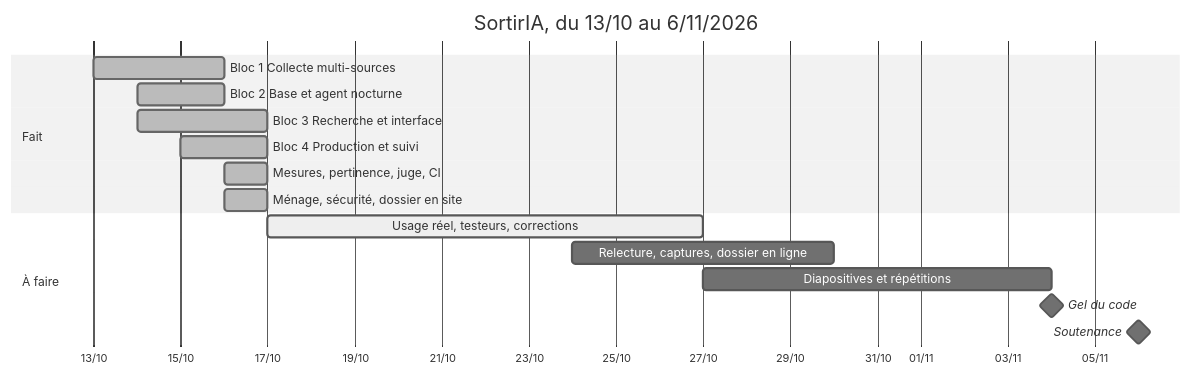
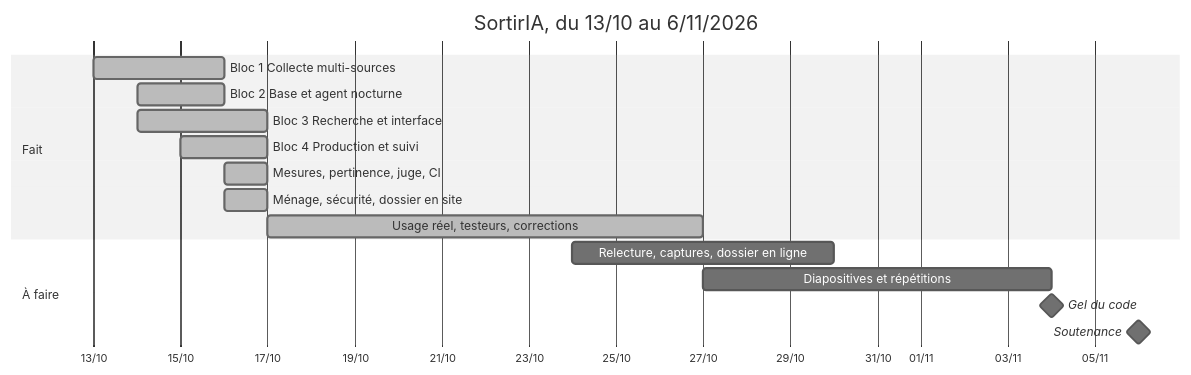
The diagram in docs/feuille_de_route.md (gonzalezcourrier34-glitch/SortirIA), drawn with Mermaid (neutral theme) before and after one commit. The commit also changed other lines of this file and 10 other files, not shown here.

Commit message:
Doc : bilan de l'usage réel et Evidently mensuel partout

````diff
--- a/docs/feuille_de_route.md
+++ b/docs/feuille_de_route.md
@@ -24,19 +25,19 @@
 ```mermaid
 gantt
     title SortirIA, du 13/10 au 6/11/2026
     dateFormat YYYY-MM-DD
     axisFormat %d/%m
     section Fait
     Bloc 1 Collecte multi-sources         :done, b1, 2026-10-13, 3d
     Bloc 2 Base et agent nocturne         :done, b2, 2026-10-14, 2d
     Bloc 3 Recherche et interface         :done, b3, 2026-10-14, 3d
     Bloc 4 Production et suivi            :done, b4, 2026-10-15, 2d
     Mesures, pertinence, juge, CI         :done, m1, 2026-10-16, 1d
     Ménage, sécurité, dossier en site     :done, d1, 2026-10-16, 1d
+    Usage réel, testeurs, corrections     :done, f1, 2026-10-17, 10d
     section À faire
-    Usage réel, testeurs, corrections     :active, f1, 2026-10-17, 10d
     Relecture, captures, dossier en ligne :d2, 2026-10-24, 6d
     Diapositives et répétitions           :s1, 2026-10-27, 8d
     Gel du code                           :milestone, g1, 2026-11-04, 0d
     Soutenance                            :milestone, g2, 2026-11-06, 0d
 ```
````
